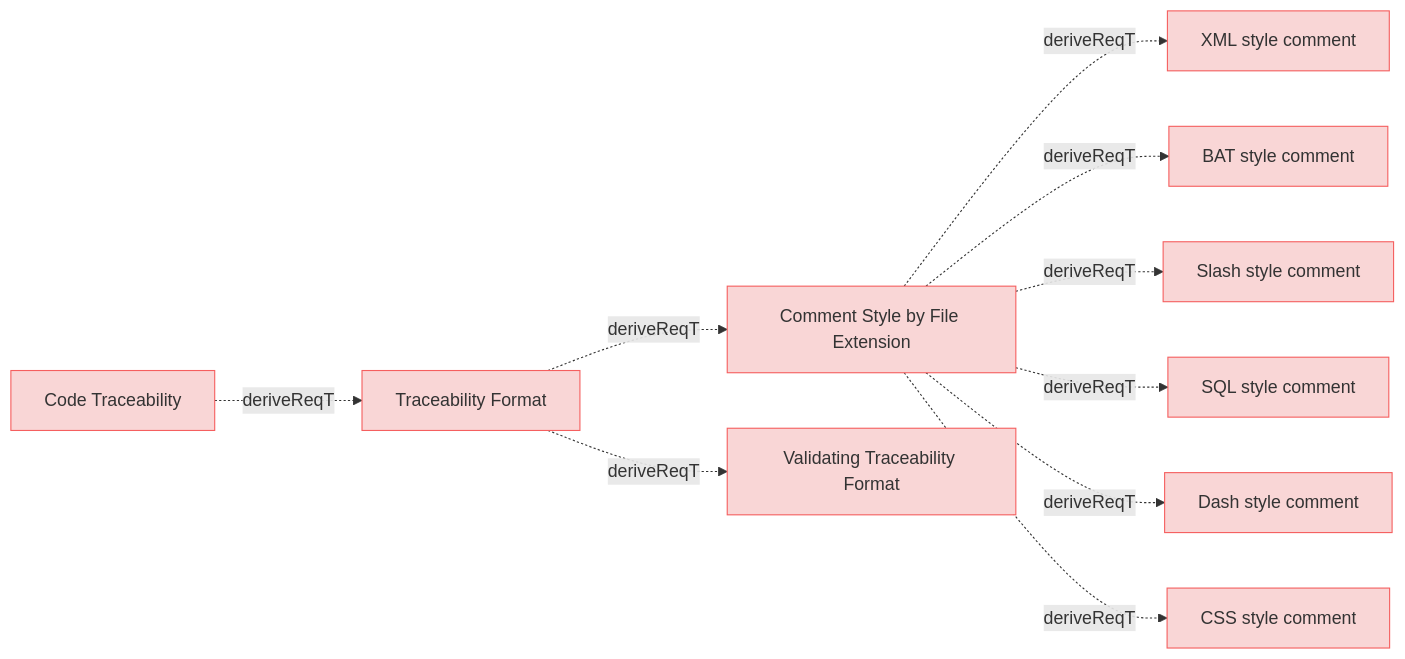
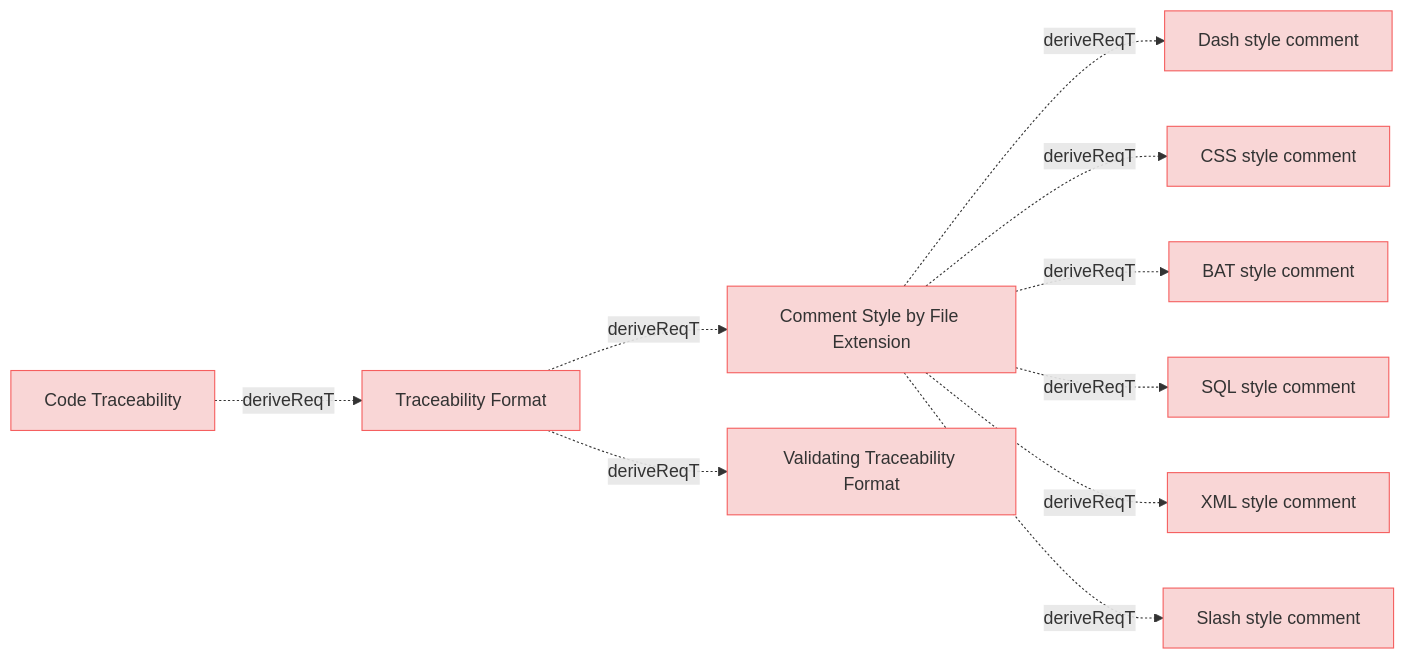
The diagram in specifications/CodeTraecabilityRequirements.md (reqvire-org/reqvire), drawn with Mermaid before and after one commit. The commit also changed other lines of this file and 34 other files, not shown here.

````diff
--- a/specifications/CodeTraecabilityRequirements.md
+++ b/specifications/CodeTraecabilityRequirements.md
@@ -4,49 +4,49 @@
 ```mermaid
 graph LR;
   %% REQVIRE-AUTOGENERATED-DIAGRAM
   %% Graph styling
   classDef requirement fill:#f9d6d6,stroke:#f55f5f,stroke-width:1px;
   classDef verification fill:#d6f9d6,stroke:#5fd75f,stroke-width:1px;
   classDef externalLink fill:#d0e0ff,stroke:#3080ff,stroke-width:1px;
   classDef default fill:#f5f5f5,stroke:#333333,stroke-width:1px;
 
-  474c97b7d0029622["XML style comment"];
-  class 474c97b7d0029622 requirement;
-  click 474c97b7d0029622 "CodeTraecabilityRequirements.md#xml-style-comment";
   f4c09ad7359812ff["Comment Style by File Extension"];
   class f4c09ad7359812ff requirement;
   click f4c09ad7359812ff "CodeTraecabilityRequirements.md#comment-style-by-file-extension";
-  f4c09ad7359812ff -.->|deriveReqT| 474c97b7d0029622;
-  7fdde6a23819450b["BAT style comment"];
-  class 7fdde6a23819450b requirement;
-  click 7fdde6a23819450b "CodeTraecabilityRequirements.md#bat-style-comment";
-  f4c09ad7359812ff -.->|deriveReqT| 7fdde6a23819450b;
-  99c4cc438042d855["Slash style comment"];
-  class 99c4cc438042d855 requirement;
-  click 99c4cc438042d855 "CodeTraecabilityRequirements.md#slash-style-comment";
-  f4c09ad7359812ff -.->|deriveReqT| 99c4cc438042d855;
-  39fc946195c12956["SQL style comment"];
-  class 39fc946195c12956 requirement;
-  click 39fc946195c12956 "CodeTraecabilityRequirements.md#sql-style-comment";
-  f4c09ad7359812ff -.->|deriveReqT| 39fc946195c12956;
   be41c3d9e39abe6f["Dash style comment"];
   class be41c3d9e39abe6f requirement;
   click be41c3d9e39abe6f "CodeTraecabilityRequirements.md#dash-style-comment";
   f4c09ad7359812ff -.->|deriveReqT| be41c3d9e39abe6f;
   a91fc474f292f1c9["CSS style comment"];
   class a91fc474f292f1c9 requirement;
   click a91fc474f292f1c9 "CodeTraecabilityRequirements.md#css-style-comment";
   f4c09ad7359812ff -.->|deriveReqT| a91fc474f292f1c9;
+  7fdde6a23819450b["BAT style comment"];
+  class 7fdde6a23819450b requirement;
+  click 7fdde6a23819450b "CodeTraecabilityRequirements.md#bat-style-comment";
+  f4c09ad7359812ff -.->|deriveReqT| 7fdde6a23819450b;
+  39fc946195c12956["SQL style comment"];
+  class 39fc946195c12956 requirement;
+  click 39fc946195c12956 "CodeTraecabilityRequirements.md#sql-style-comment";
+  f4c09ad7359812ff -.->|deriveReqT| 39fc946195c12956;
+  474c97b7d0029622["XML style comment"];
+  class 474c97b7d0029622 requirement;
+  click 474c97b7d0029622 "CodeTraecabilityRequirements.md#xml-style-comment";
+  f4c09ad7359812ff -.->|deriveReqT| 474c97b7d0029622;
+  99c4cc438042d855["Slash style comment"];
+  class 99c4cc438042d855 requirement;
+  click 99c4cc438042d855 "CodeTraecabilityRequirements.md#slash-style-comment";
+  f4c09ad7359812ff -.->|deriveReqT| 99c4cc438042d855;
   3db41d3530e56596["Validating Traceability Format"];
   class 3db41d3530e56596 requirement;
   click 3db41d3530e56596 "CodeTraecabilityRequirements.md#validating-traceability-format";
   9314736a59776478["Traceability Format"];
   class 9314736a59776478 requirement;
   click 9314736a59776478 "CodeTraecabilityRequirements.md#traceability-format";
   9314736a59776478 -.->|deriveReqT| f4c09ad7359812ff;
   9314736a59776478 -.->|deriveReqT| 3db41d3530e56596;
   26ca72b617aff229["Code Traceability"];
   class 26ca72b617aff229 requirement;
   click 26ca72b617aff229 "UserRequirements.md#code-traceability";
   26ca72b617aff229 -.->|deriveReqT| 9314736a59776478;
 ```
````
